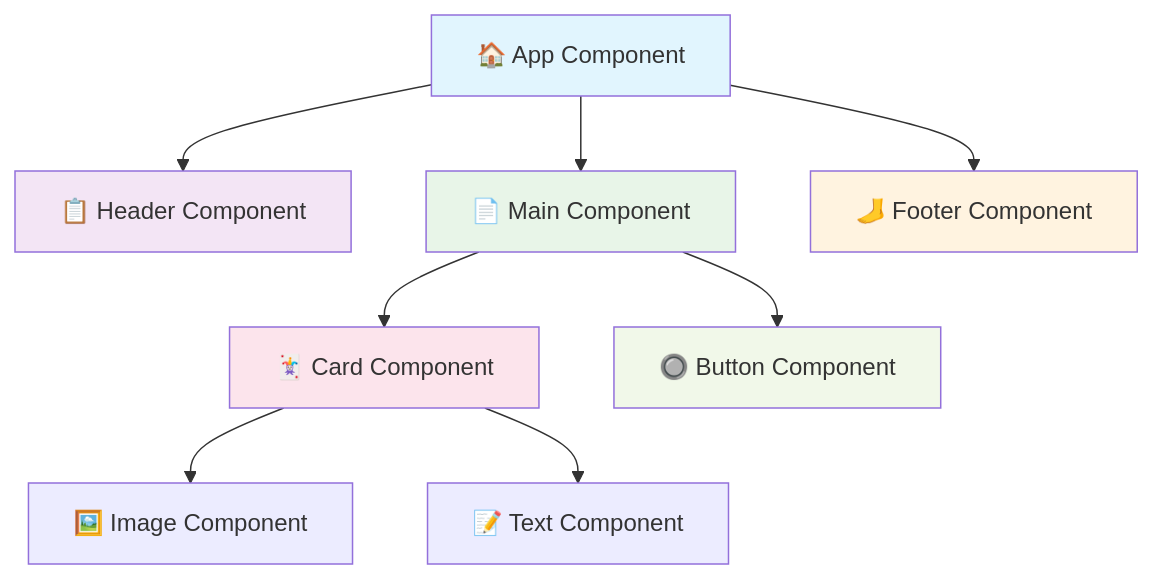
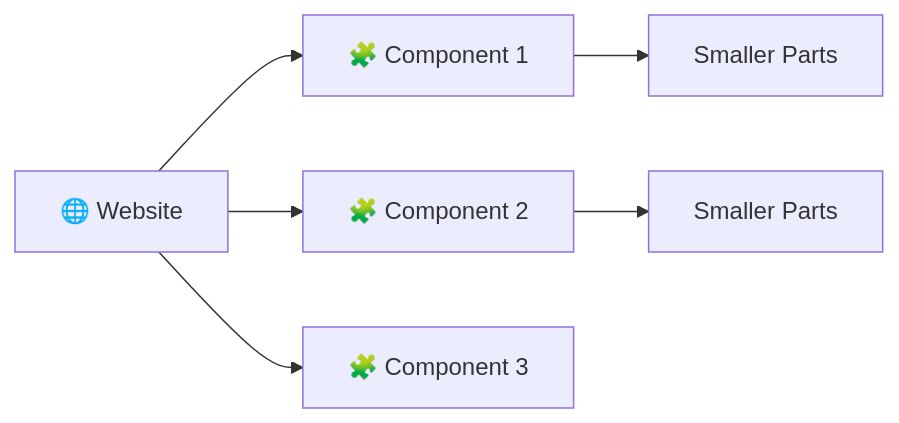
Before and after one commit to scifigurmeet/fullstack: the first of 3 diagrams in React Basics & Hooks.md, drawn with Mermaid. The commit also changed other lines of this file, not shown here.

````diff
--- a/React Basics & Hooks.md
+++ b/React Basics & Hooks.md
@@ -94,17 +12,8 @@
 ```mermaid
-graph TD
-    A[🏠 App Component] --> B[📋 Header Component]
-    A --> C[📄 Main Component]
-    A --> D[🦶 Footer Component]
-    C --> E[🃏 Card Component]
-    C --> F[🔘 Button Component]
-    E --> G[🖼️ Image Component]
-    E --> H[📝 Text Component]
-    
-    style A fill:#e1f5fe
-    style B fill:#f3e5f5
-    style C fill:#e8f5e8
-    style D fill:#fff3e0
-    style E fill:#fce4ec
-    style F fill:#f1f8e9
+graph LR
+    A[🌐 Website] --> B[🧩 Component 1]
+    A --> C[🧩 Component 2] 
+    A --> D[🧩 Component 3]
+    B --> E[Smaller Parts]
+    C --> F[Smaller Parts]
 ```
````
